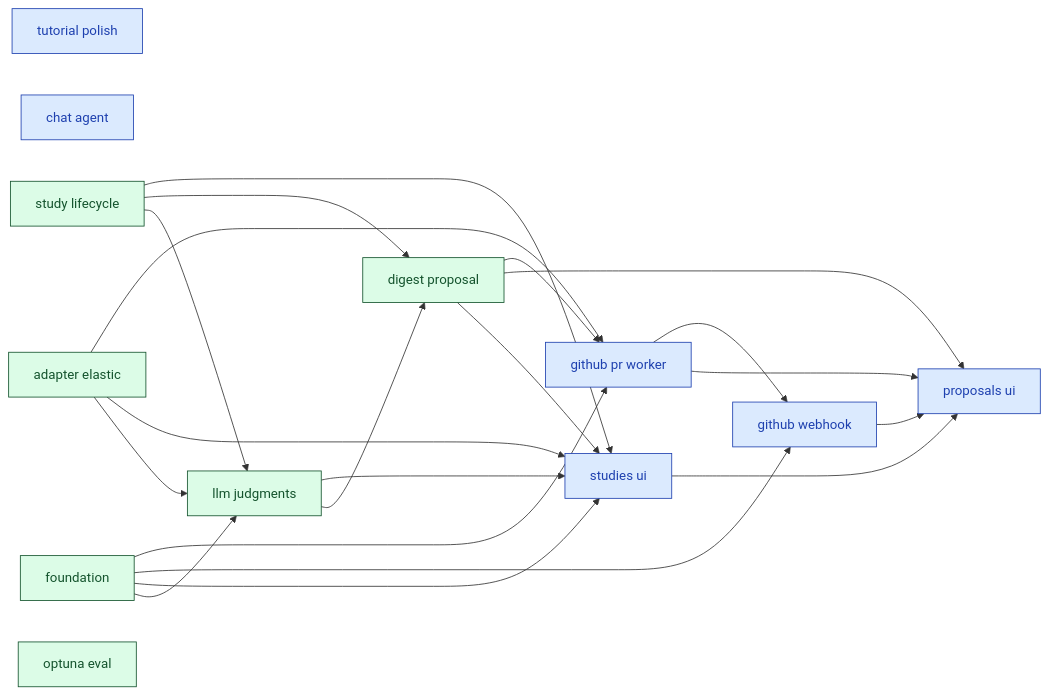
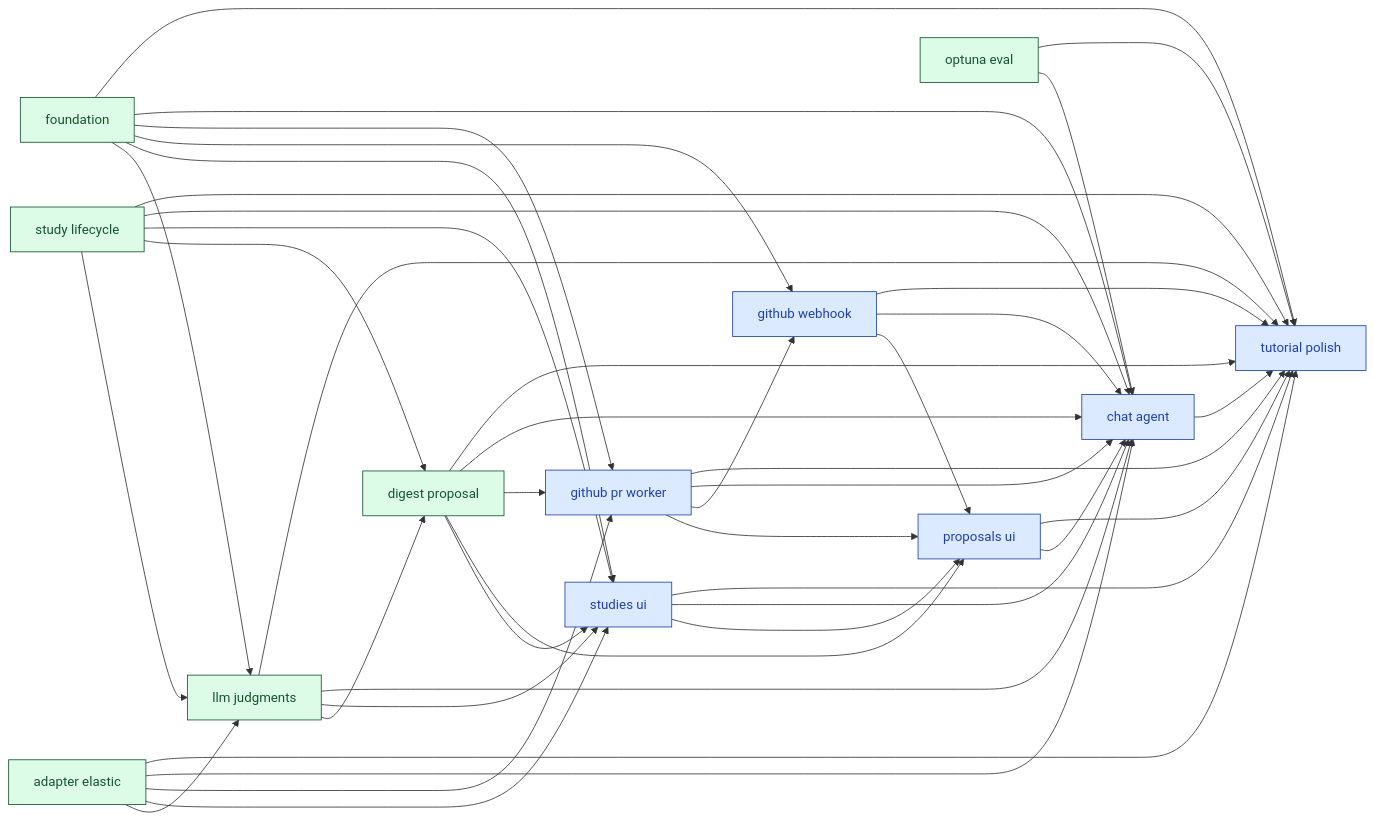
The diagram in docs/00_overview/MVP1_DASHBOARD.md (SoundMindsAI/relyloop), drawn with Mermaid before and after one commit. The commit also changed other lines of this file and 2 other files, not shown here.

````diff
--- a/docs/00_overview/MVP1_DASHBOARD.md
+++ b/docs/00_overview/MVP1_DASHBOARD.md
@@ -70,51 +82,72 @@
 ```mermaid
 graph LR
   classDef done fill:#dcfce7,stroke:#14532d,color:#14532d;
   classDef implement fill:#ffedd5,stroke:#9a3412,color:#9a3412;
   classDef plan fill:#fef9c3,stroke:#854d0e,color:#854d0e;
   classDef spec fill:#dbeafe,stroke:#1e40af,color:#1e40af;
   classDef idea fill:#f1f5f9,stroke:#334155,color:#334155;
   chore_tutorial_polish["tutorial polish"]
   class chore_tutorial_polish spec;
   feat_chat_agent["chat agent"]
   class feat_chat_agent spec;
   feat_github_pr_worker["github pr worker"]
   class feat_github_pr_worker spec;
   feat_github_webhook["github webhook"]
   class feat_github_webhook spec;
   feat_proposals_ui["proposals ui"]
   class feat_proposals_ui spec;
   feat_studies_ui["studies ui"]
   class feat_studies_ui spec;
   infra_foundation["foundation"]
   class infra_foundation done;
   feat_study_lifecycle["study lifecycle"]
   class feat_study_lifecycle done;
   infra_adapter_elastic["adapter elastic"]
   class infra_adapter_elastic done;
   infra_optuna_eval["optuna eval"]
   class infra_optuna_eval done;
   feat_digest_proposal["digest proposal"]
   class feat_digest_proposal done;
   feat_llm_judgments["llm judgments"]
   class feat_llm_judgments done;
+  feat_chat_agent --> chore_tutorial_polish
+  feat_digest_proposal --> chore_tutorial_polish
+  feat_github_pr_worker --> chore_tutorial_polish
+  feat_github_webhook --> chore_tutorial_polish
+  feat_llm_judgments --> chore_tutorial_polish
+  feat_proposals_ui --> chore_tutorial_polish
+  feat_studies_ui --> chore_tutorial_polish
+  feat_study_lifecycle --> chore_tutorial_polish
+  infra_adapter_elastic --> chore_tutorial_polish
+  infra_foundation --> chore_tutorial_polish
+  infra_optuna_eval --> chore_tutorial_polish
+  feat_digest_proposal --> feat_chat_agent
+  feat_github_pr_worker --> feat_chat_agent
+  feat_github_webhook --> feat_chat_agent
+  feat_llm_judgments --> feat_chat_agent
+  feat_proposals_ui --> feat_chat_agent
+  feat_studies_ui --> feat_chat_agent
+  feat_study_lifecycle --> feat_chat_agent
+  infra_adapter_elastic --> feat_chat_agent
+  infra_foundation --> feat_chat_agent
+  infra_optuna_eval --> feat_chat_agent
   infra_foundation --> feat_github_pr_worker
   infra_adapter_elastic --> feat_github_pr_worker
   feat_digest_proposal --> feat_github_pr_worker
   infra_foundation --> feat_github_webhook
   feat_github_pr_worker --> feat_github_webhook
   feat_studies_ui --> feat_proposals_ui
   feat_digest_proposal --> feat_proposals_ui
   feat_github_pr_worker --> feat_proposals_ui
   feat_github_webhook --> feat_proposals_ui
   infra_foundation --> feat_studies_ui
   feat_study_lifecycle --> feat_studies_ui
   feat_digest_proposal --> feat_studies_ui
   feat_llm_judgments --> feat_studies_ui
   infra_adapter_elastic --> feat_studies_ui
   feat_study_lifecycle --> feat_digest_proposal
   feat_llm_judgments --> feat_digest_proposal
   infra_foundation --> feat_llm_judgments
   infra_adapter_elastic --> feat_llm_judgments
   feat_study_lifecycle --> feat_llm_judgments
 ```
````
